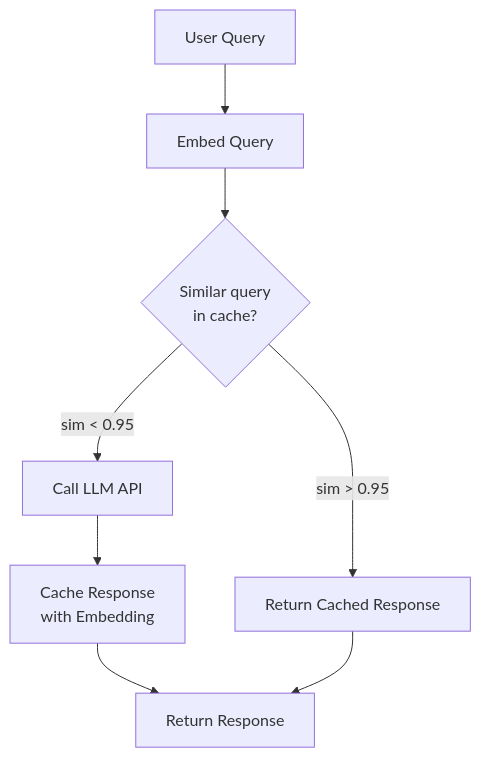
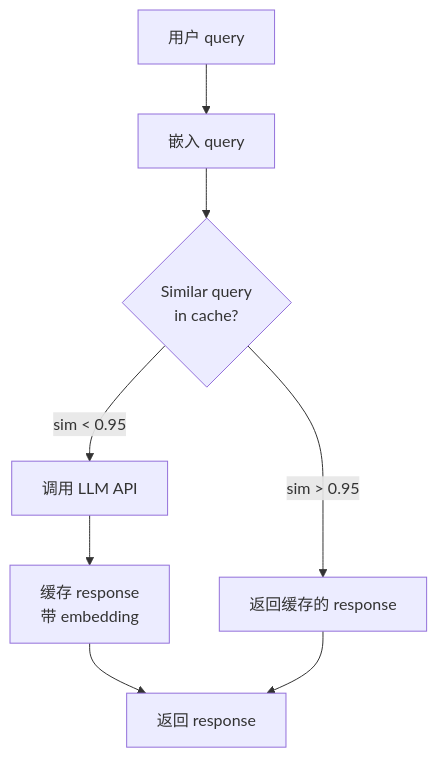
The second of 3 diagrams in phases/11-llm-engineering/11-caching-cost/docs/zh.md (JerryC8080/ai-engineering-from-scratch-zh), drawn with Mermaid before and after one commit. The commit also changed other lines of this file and 156 other files, not shown here.

First line of the commit message:
i18n(zh): translate mermaid diagram labels in 157 lesson zh.md

````diff
--- a/phases/11-llm-engineering/11-caching-cost/docs/zh.md
+++ b/phases/11-llm-engineering/11-caching-cost/docs/zh.md
@@ -85,10 +85,10 @@
 ```mermaid
 flowchart TD
-    A[User Query] --> B[Embed Query]
+    A[用户 query] --> B[嵌入 query]
     B --> C{Similar query<br/>in cache?}
-    C -->|sim > 0.95| D[Return Cached Response]
-    C -->|sim < 0.95| E[Call LLM API]
-    E --> F[Cache Response<br/>with Embedding]
-    F --> G[Return Response]
+    C -->|sim > 0.95| D[返回缓存的 response]
+    C -->|sim < 0.95| E[调用 LLM API]
+    E --> F[缓存 response<br/>带 embedding]
+    F --> G[返回 response]
     D --> G
 ```
````
